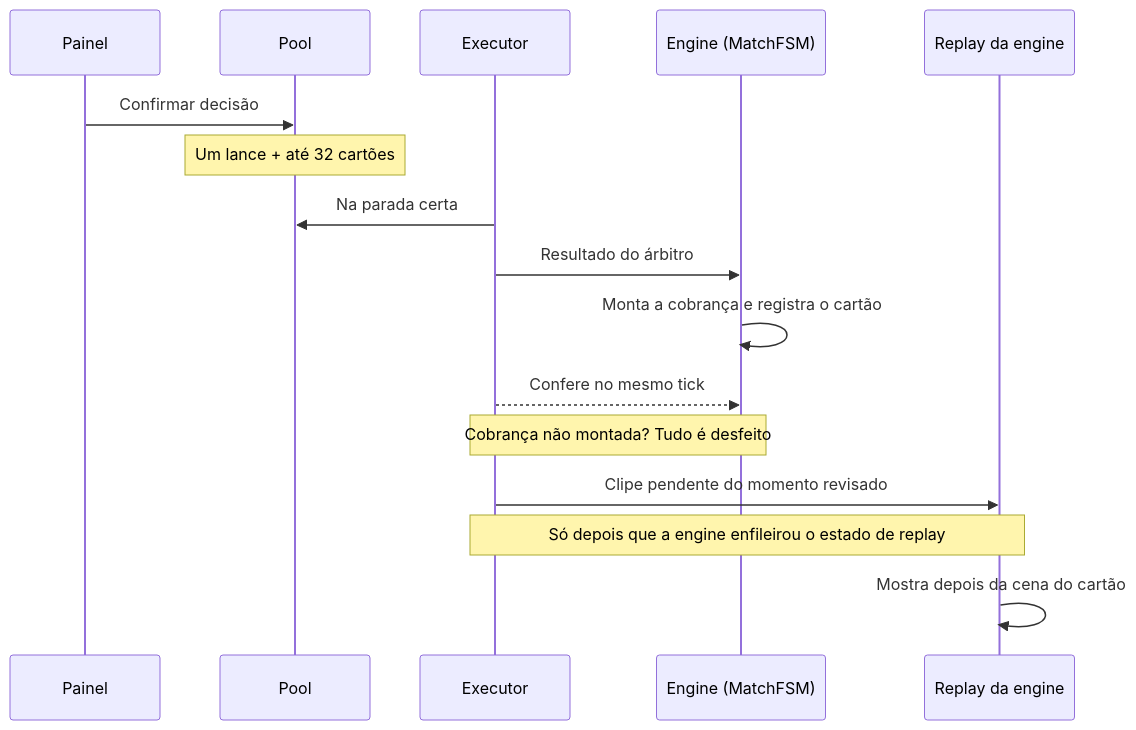
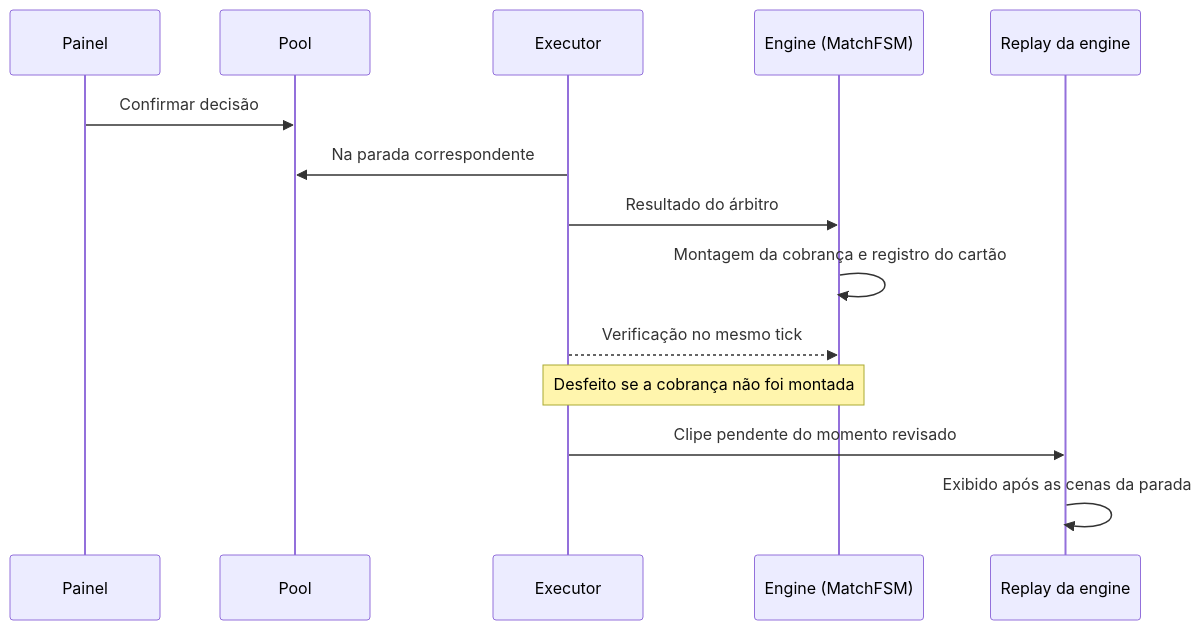
One commit to Joao-Spala/pes21-var-mod changed the second of 2 diagrams in README.pt-BR.md. Above: the diagram before and after it, drawn with Mermaid. The commit also changed other lines of this file and 1 other file, not shown here.

````diff
--- a/README.pt-BR.md
+++ b/README.pt-BR.md
@@ -179,18 +183,16 @@
 ```mermaid
 sequenceDiagram
     participant P as Painel
     participant Pool as Pool
     participant X as Executor
     participant E as Engine (MatchFSM)
     participant R as Replay da engine
     P->>Pool: Confirmar decisão
-    Note over Pool: Um lance + até 32 cartões
-    X->>Pool: Na parada certa
+    X->>Pool: Na parada correspondente
     X->>E: Resultado do árbitro
-    E->>E: Monta a cobrança e registra o cartão
-    X-->>E: Confere no mesmo tick
-    Note over X,E: Cobrança não montada? Tudo é desfeito
+    E->>E: Montagem da cobrança e registro do cartão
+    X-->>E: Verificação no mesmo tick
+    Note over X,E: Desfeito se a cobrança não foi montada
     X->>R: Clipe pendente do momento revisado
-    Note over X,R: Só depois que a engine enfileirou o estado de replay
-    R->>R: Mostra depois da cena do cartão
+    R->>R: Exibido após as cenas da parada
 ```
````
